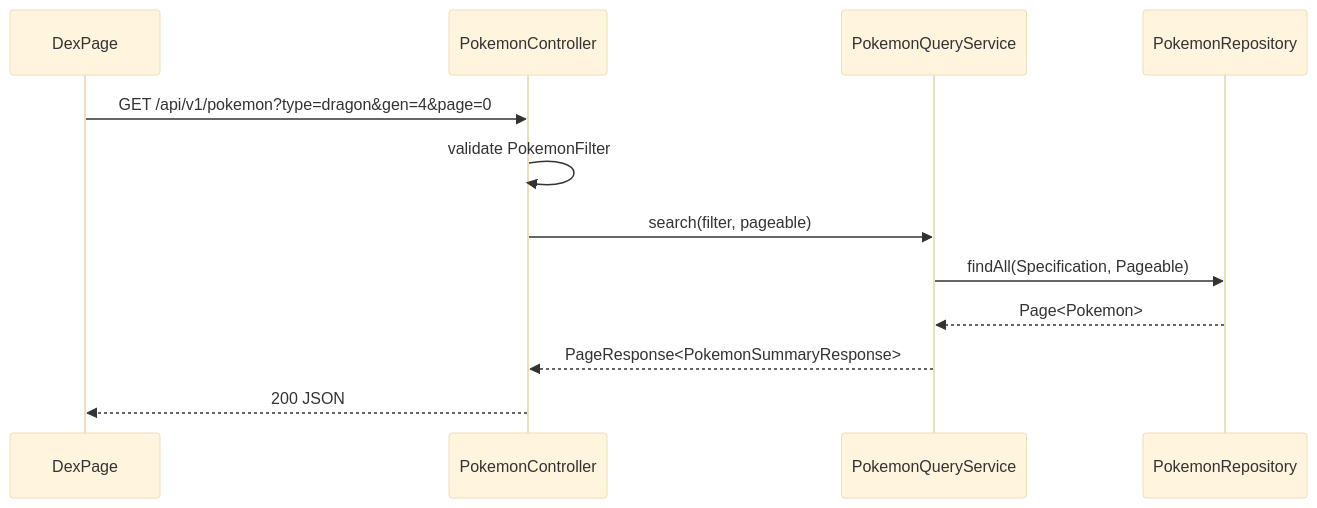
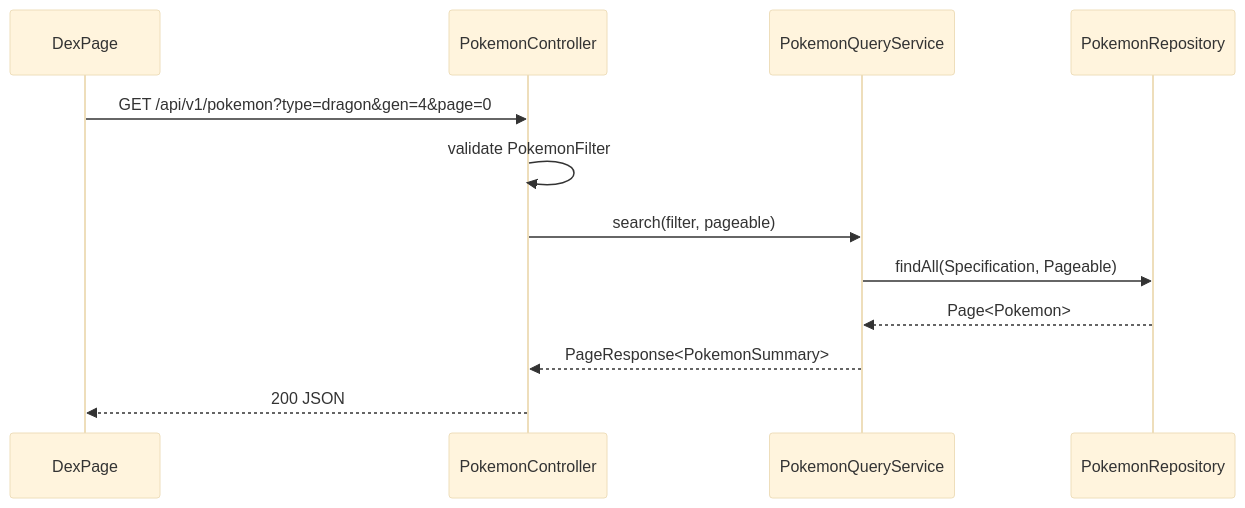
Before and after one commit to Nha-Cong-Dong/PokeNexus: the sixth of 9 diagrams in docs/architecture.md, drawn with Mermaid (base theme). The commit also changed other lines of this file and 15 other files, not shown here.

````diff
--- a/docs/architecture.md
+++ b/docs/architecture.md
@@ -145,14 +146,14 @@
 ```mermaid
 sequenceDiagram
     participant UI as DexPage
     participant C as PokemonController
     participant S as PokemonQueryService
     participant R as PokemonRepository
     UI->>C: GET /api/v1/pokemon?type=dragon&gen=4&page=0
     C->>C: validate PokemonFilter
     C->>S: search(filter, pageable)
     S->>R: findAll(Specification, Pageable)
     R-->>S: Page<Pokemon>
-    S-->>C: PageResponse<PokemonSummaryResponse>
+    S-->>C: PageResponse<PokemonSummary>
     C-->>UI: 200 JSON
 ```
````
